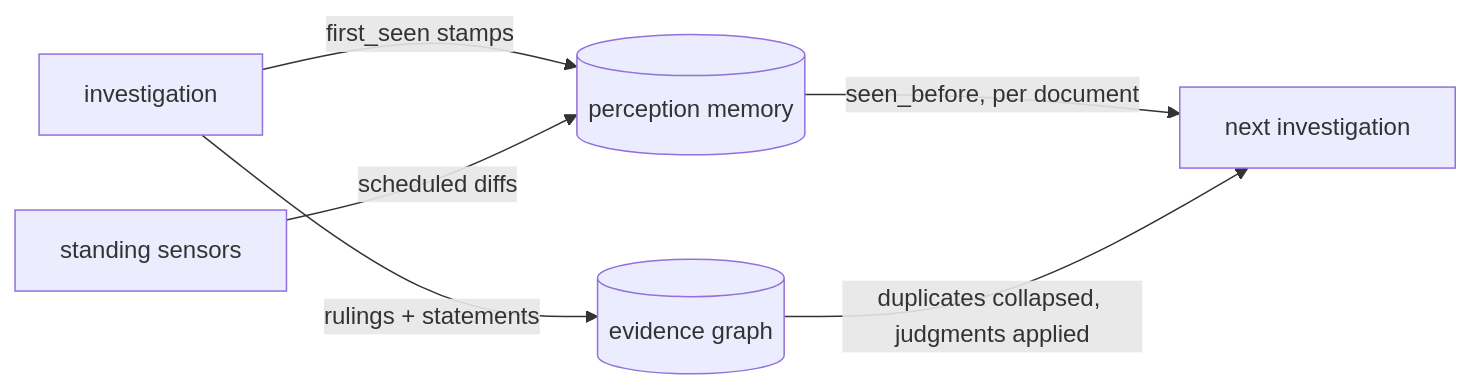
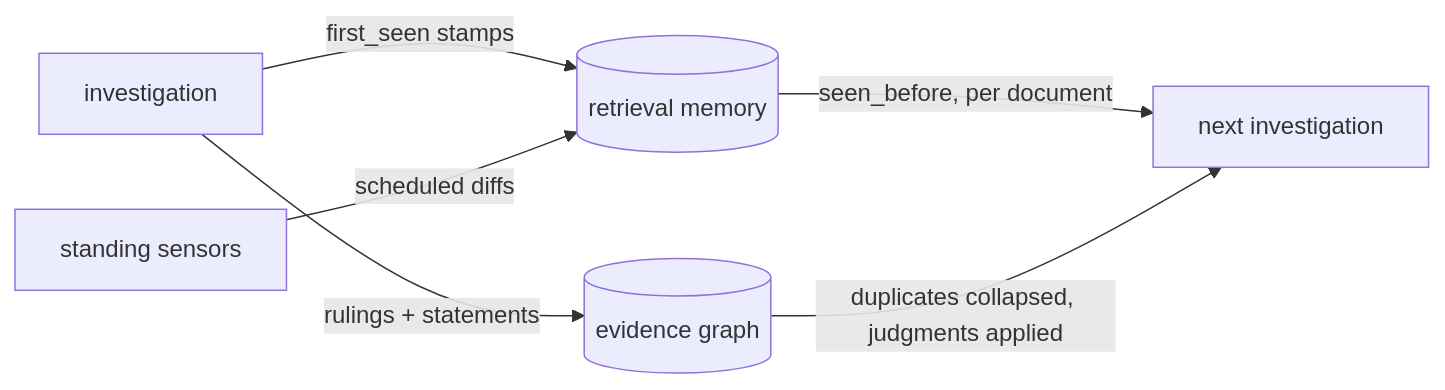
Before and after one commit to Battam1111/omniseek: the diagram in docs/case-study.md, drawn with Mermaid. The commit also changed other lines of this file and 6 other files, not shown here.

````diff
--- a/docs/case-study.md
+++ b/docs/case-study.md
@@ -125,8 +128,8 @@
 ```mermaid
 flowchart LR
-    A[investigation] -->|first_seen stamps| M[(perception memory)]
+    A[investigation] -->|first_seen stamps| M[(retrieval memory)]
     A -->|rulings + statements| G[(evidence graph)]
     W[standing sensors] -->|scheduled diffs| M
     M -->|seen_before, per document| B[next investigation]
     G -->|duplicates collapsed, judgments applied| B
 ```
````
